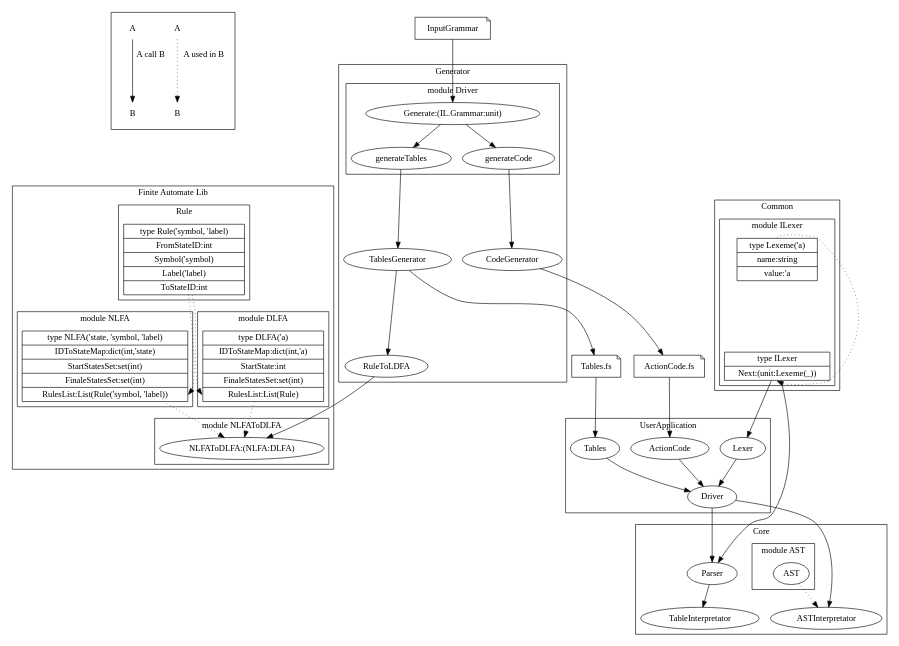
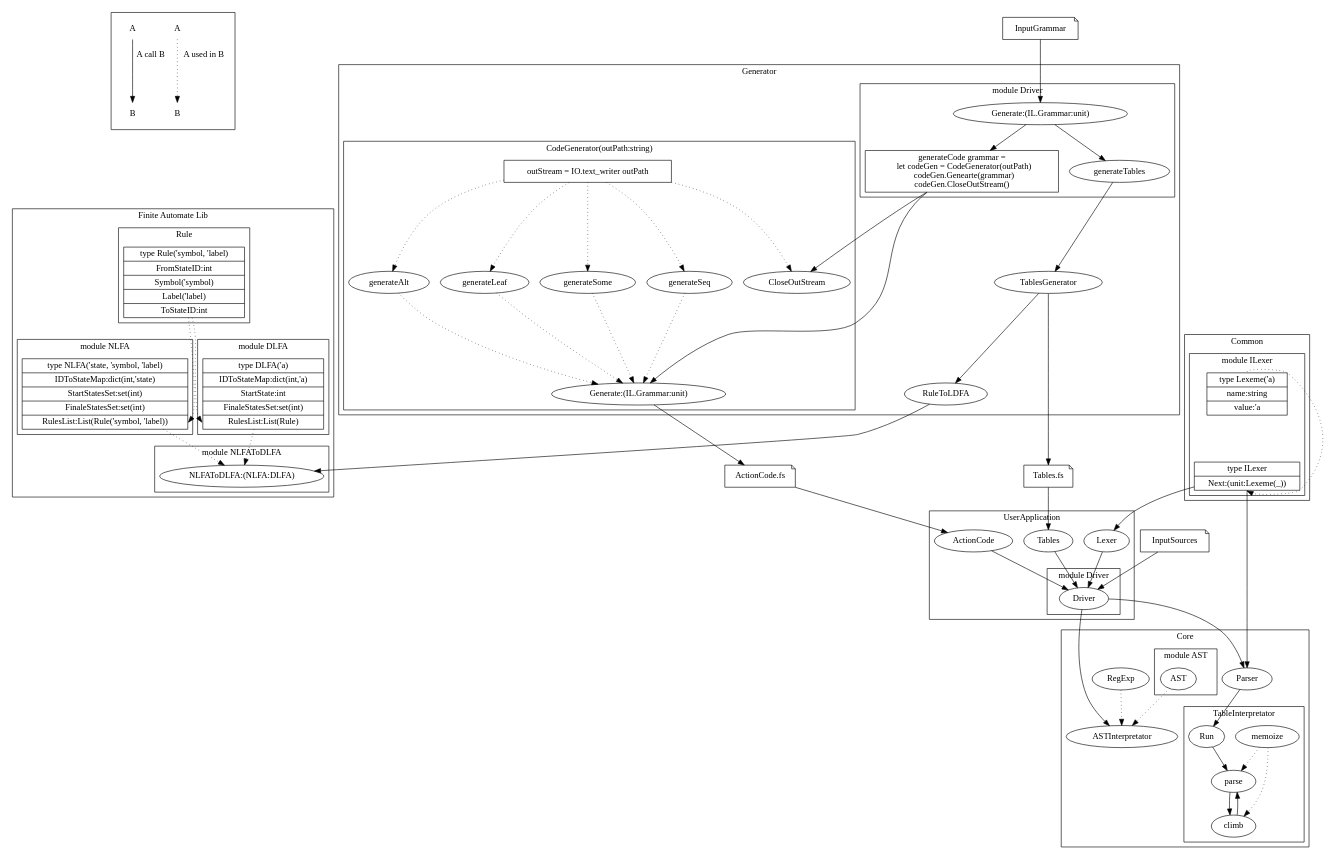
The diagram in Docs/ProjectDocumentation/RACCStructure/structure.dot (YaccConstructor/YaccConstructor), drawn with Graphviz before and after one commit.

Commit message:
Structure draft

```diff
--- a/Docs/ProjectDocumentation/RACCStructure/structure.dot
+++ b/Docs/ProjectDocumentation/RACCStructure/structure.dot
@@ -1,143 +1,193 @@
 digraph RACCStructure
 {        
         subgraph cluster_Help
         {
                 x1 [shape = none, label = "A"];
                 x2 [shape = none, label = "B"];
                 x1 -> x2 [style = dotted, label = " A used in B"];
+
                 x3 [shape = none, label = "A"];
                 x4 [shape = none, label = "B"];
-//                x5 [shape = none, label = "A"];
                 x3 -> x4 [label = " A call B"];                
         }
         
+
+        InputSources [shape = note];
         InputGrammar [shape = note];
         f_ActionCode [shape = note, label = "ActionCode.fs"];
         f_Tables [shape = note, label = "Tables.fs"];
-        //v_ASTTree1 [shape = note, label = "ParseTree"];
-        //v_ASTTree2 [shape = note, label = "ParseTree"];
 
         subgraph cluster_UserApplication
         {
                 label="UserApplication";
                 Tables;
                 ActionCode;
-                Driver;
+
+                subgraph cluster_ua_Driver
+                {
+                        label = "module Driver";
+                        Driver;
+                }
+
                 Lexer;
                 Tables -> Driver;                      
                 ActionCode -> Driver;
                 Lexer -> Driver;
         }
 
         ILexer -> Lexer;
         Driver -> Parser;
         Driver -> ASTInterpretator;
+        InputSources -> Driver;
         
         subgraph cluster_Generator
         {
                 label="Generator";                
                 TablesGenerator;
 
                 subgraph cluster_g_Driver
                 {
                         label = "module Driver";
-                        Generate [label = "Generate:(IL.Grammar:unit)"];
-                        generateCode;
+
+                        Generate [label = "Generate:(IL.Grammar:unit)"];                        
+                        generateCode [shape = box, label = "generateCode grammar = \n   let codeGen = CodeGenerator(outPath) \n   codeGen.Genearte(grammar) \n codeGen.CloseOutStream()"];
                         generateTables;
+
                         Generate -> generateCode;
-                        Generate -> generateTables;
+                        Generate -> generateTables;                        
                 }
+
+                generateCode -> CloseOutStream;
+                outStream -> CloseOutStream [style = dotted];
+
+                subgraph cluster_CodeGenerator
+                {
+                        label = "CodeGenerator(outPath:string)";
+                        GenerateCode [label = "Generate:(IL.Grammar:unit)"];                        
+                        generateAlt;
+                        generateSeq;
+                        generateLeaf;
+                        generateSome;
+                        generateAlt -> GenerateCode [style = dotted];
+                        generateSeq -> GenerateCode [style = dotted];
+                        generateLeaf -> GenerateCode [style = dotted];
+                        generateSome -> GenerateCode [style = dotted];                        
+                        outStream [shape=rec, label = "outStream = IO.text_writer outPath"];
+                        outStream -> generateAlt [style = dotted];
+                        outStream -> generateSeq [style = dotted];
+                        outStream -> generateLeaf [style = dotted];
+                        outStream -> generateSome [style = dotted];
+                        CloseOutStream;
+                }                                          
                 
-                CodeGenerator;
                 RuleToLDFA;
-                generateCode -> CodeGenerator;
+                generateCode -> GenerateCode;
                 generateTables -> TablesGenerator;
                 TablesGenerator -> RuleToLDFA;
         }
         
         TablesGenerator -> f_Tables
         InputGrammar -> Generate;
         RuleToLDFA -> NLFAToDLFA;        
-        CodeGenerator -> f_ActionCode;
+        GenerateCode -> f_ActionCode;
         f_ActionCode -> ActionCode;
         f_Tables -> Tables
 
         subgraph cluster_Core
         {
                 label="Core";
                 Parser;
                 ASTInterpretator; 
-                TableInterpretator;
+                RegExp;
+
+                RegExp -> ASTInterpretator [style = dotted];
+
+                subgraph cluster_TableInterpretator
+                {
+                        label = "TableInterpretator";
+                        memoize;
+                        parse;
+                        climb;
+                        TableInterpretator [label = "Run"];
+                        
+                        TableInterpretator -> parse;
+                        parse -> climb;
+                        climb -> parse;
+                        memoize -> climb [style = dotted];
+                        memoize -> parse [style = dotted];
+
+                }
+
                 subgraph cluster_AST
                 {
                         label = "module AST"
                         AST;
                 }
                 
                 
                 AST -> ASTInterpretator [style = dotted];
                 Parser -> TableInterpretator
         }
 
         ILexer -> Parser;
         
         subgraph cluster_Common
         {
                 label="Common";
 
                 subgraph cluster_ILexer
                 {
                         label = "module ILexer";
                         ILexer [  shape = record
                                 , label = "{<title> type ILexer | <next> Next:(unit:Lexeme(_))}"];
                         Lexeme [  shape = record
                                 , label = "{<title> type Lexeme('a) | <l_name>  name:string | <value>  value:'a}"];
                         Lexeme:title -> ILexer:next [style = dotted];
                 }                
         }
         
         subgraph cluster_FALib
         {
                 label="Finite Automate Lib";
 
 
 /*subgraph cluster_FA
 {
 label = "module FA";
 }*/
                 subgraph cluster_Rule
                 {
                         label = "Rule"
                         Rule[  shape = record
                              , label = "{<title> type Rule('symbol, 'label) | <from>  FromStateID:int | <symbol>  Symbol('symbol) | <label>  Label('label) | <to> ToStateID:int}"];
                 }
 
                 subgraph cluster_NLFA
                 {
                         label = "module NLFA";
                         NLFA [  shape = record
                               , label = "{ <title> type NLFA('state, 'symbol, 'label) | <IDToStateMap>  IDToStateMap:dict(int,'state) | <startStatesSet>  StartStatesSet:set(int) | <finaleStatesSet>  FinaleStatesSet:set(int) | <rulesList>  RulesList:List(Rule('symbol, 'label))}"];
                 }
                 
                 Rule -> NLFA:rulesList [style = dotted];
 
                 subgraph cluster_DLFA
                 {
                         label = "module DLFA";
                         DLFA [  shape = record
                               , label = "{ <title> type DLFA('a) | <IDToStateMap>  IDToStateMap:dict(int,'a) | <startState>  StartState:int | <finaleStatesSet>  FinaleStatesSet:set(int) | <rulesList>  RulesList:List(Rule)}"];
                 }
 
                 Rule -> DLFA:rulesList [style = dotted];
 
                 subgraph cluster_NLFAToDLFA
                 {
                         label = "module NLFAToDLFA";
                         NLFAToDLFA [label = "NLFAToDLFA:(NLFA:DLFA)"];
                 }
 
                 NLFA -> NLFAToDLFA [style = dotted];
                 DLFA -> NLFAToDLFA [style = dotted];
         }
 
 }
```
